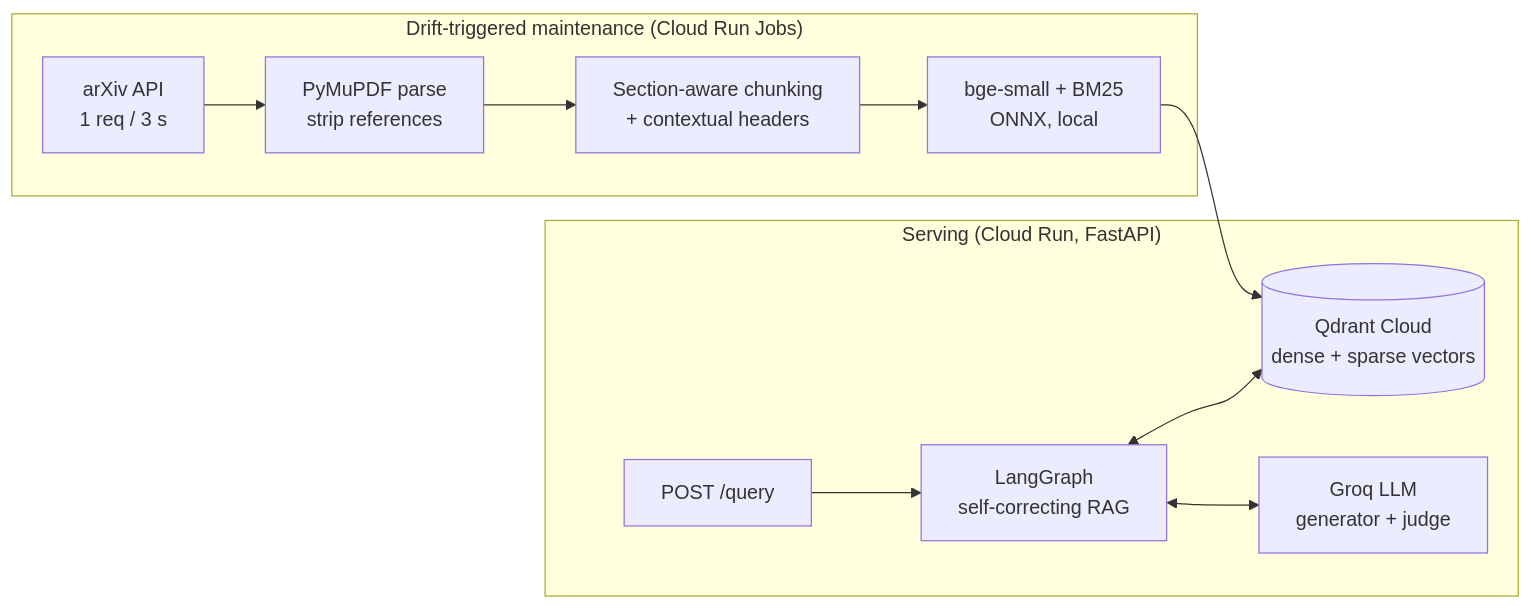
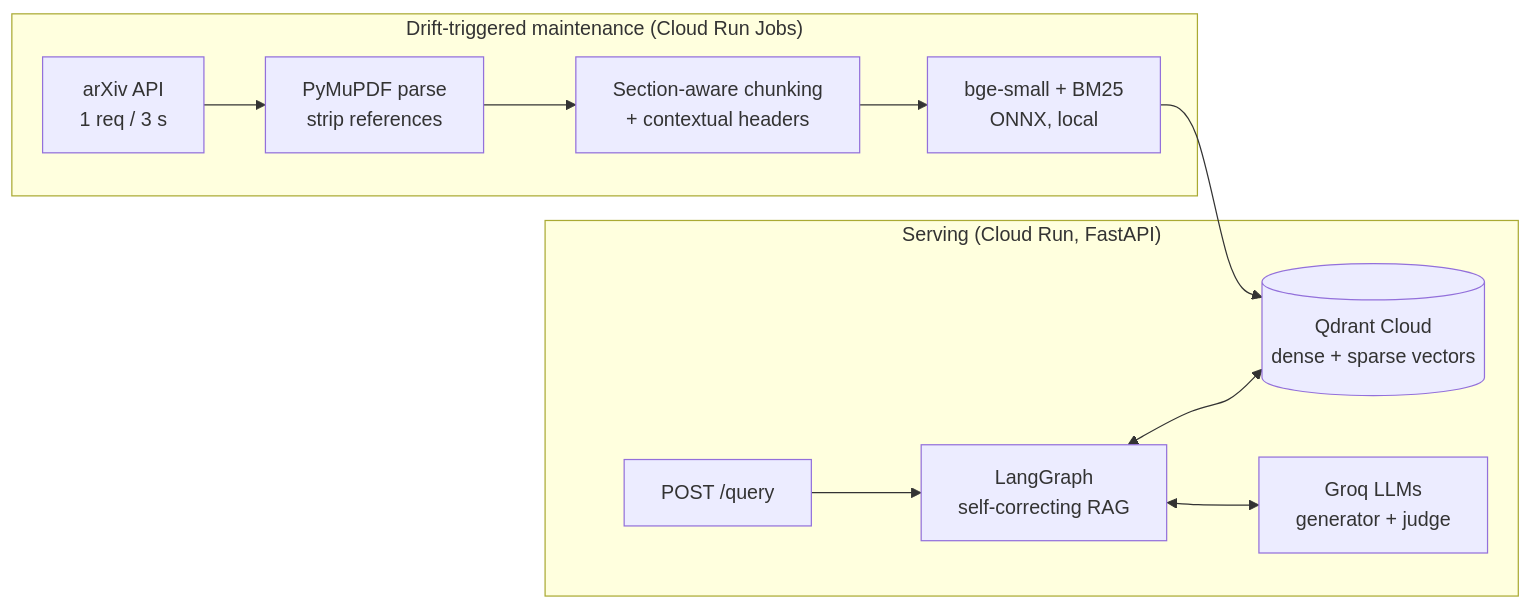
Before and after one commit to msaiprathyush/advanced-rag: the first of 2 diagrams in README.md, drawn with Mermaid. The commit also changed other lines of this file and 24 other files, not shown here.

````diff
--- a/README.md
+++ b/README.md
@@ -14,14 +20,14 @@
 ```mermaid
 flowchart LR
     subgraph Maintenance["Drift-triggered maintenance (Cloud Run Jobs)"]
         A[arXiv API<br/>1 req / 3 s] --> P[PyMuPDF parse<br/>strip references]
         P --> C[Section-aware chunking<br/>+ contextual headers]
         C --> E[bge-small + BM25<br/>ONNX, local]
     end
     E --> Q[(Qdrant Cloud<br/>dense + sparse vectors)]
     subgraph Serving["Serving (Cloud Run, FastAPI)"]
         U[POST /query] --> G[LangGraph<br/>self-correcting RAG]
         G <--> Q
-        G <--> L[Groq LLM<br/>generator + judge]
+        G <--> L[Groq LLMs<br/>generator + judge]
     end
 ```
````
